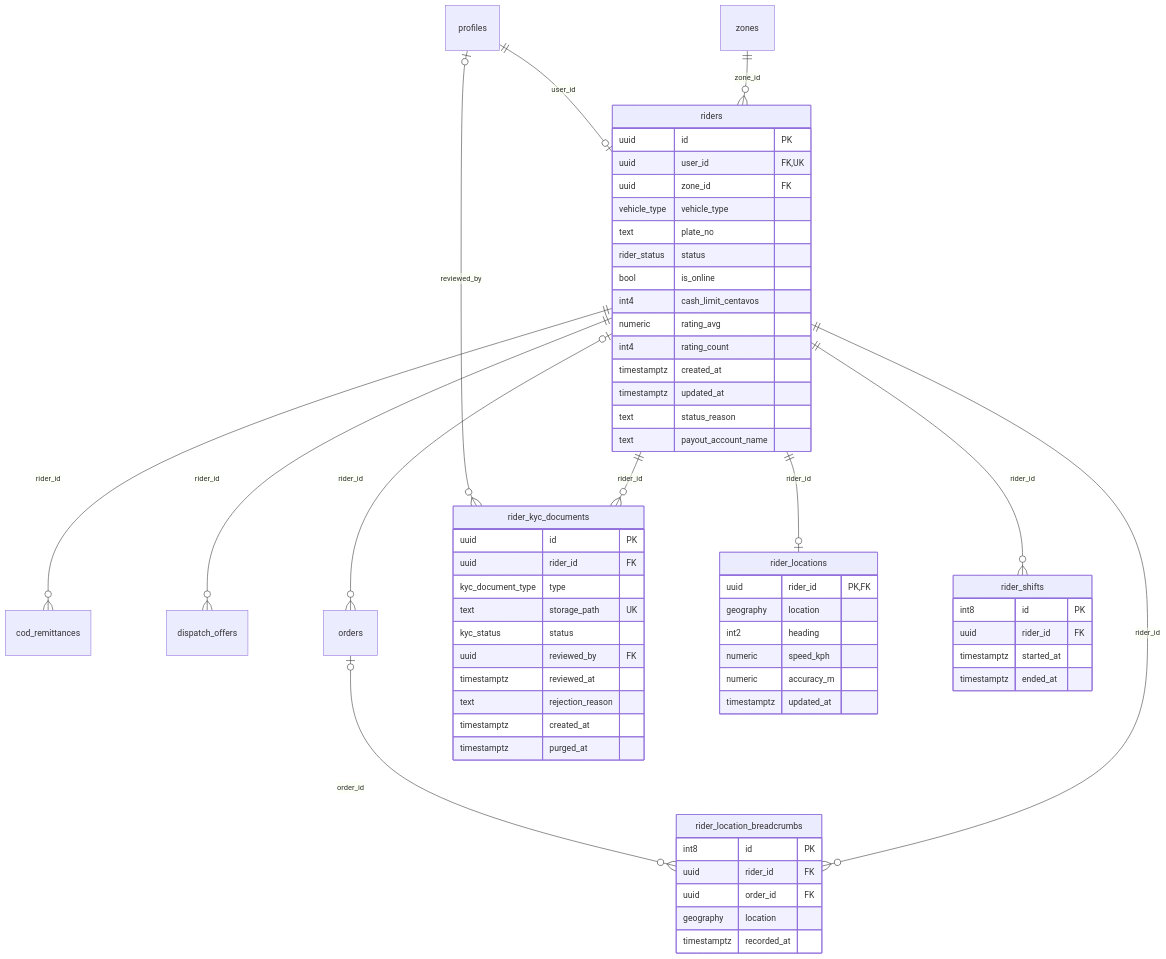
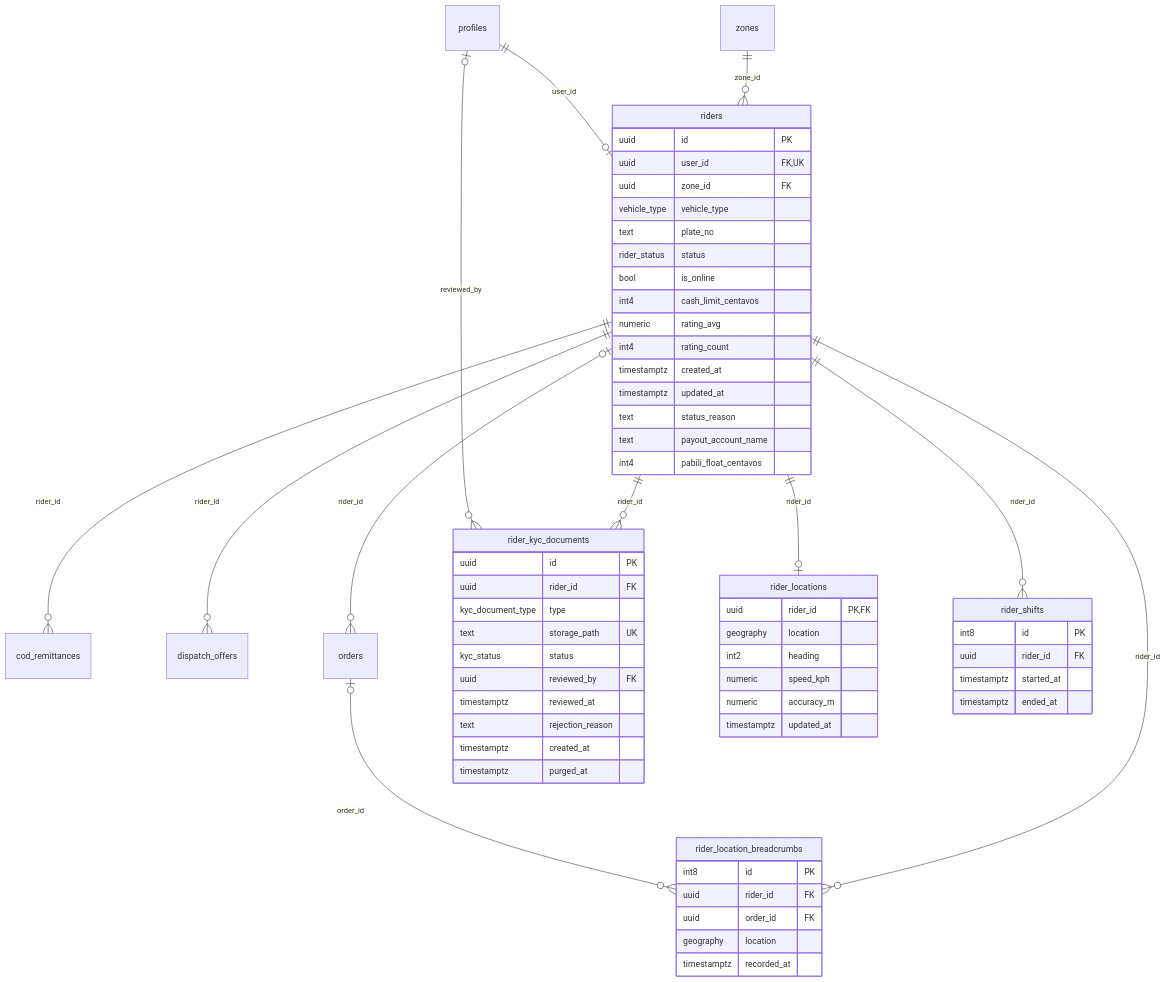
One commit to Klik-Go/delivery-services changed the third of 6 diagrams in docs/ERD.md. Above: the diagram before and after it, drawn with Mermaid. The commit also changed other lines of this file and 82 other files, not shown here.

````diff
--- a/docs/ERD.md
+++ b/docs/ERD.md
@@ -248,63 +248,64 @@
 ```mermaid
 erDiagram
   riders ||--o{ cod_remittances : "rider_id"
   riders ||--o{ dispatch_offers : "rider_id"
   riders |o--o{ orders : "rider_id"
   profiles |o--o{ rider_kyc_documents : "reviewed_by"
   riders ||--o{ rider_kyc_documents : "rider_id"
   orders |o--o{ rider_location_breadcrumbs : "order_id"
   riders ||--o{ rider_location_breadcrumbs : "rider_id"
   riders ||--o| rider_locations : "rider_id"
   riders ||--o{ rider_shifts : "rider_id"
   profiles ||--o| riders : "user_id"
   zones ||--o{ riders : "zone_id"
   riders {
     uuid id PK
     uuid user_id FK, UK
     uuid zone_id FK
     vehicle_type vehicle_type
     text plate_no
     rider_status status
     bool is_online
     int4 cash_limit_centavos
     numeric rating_avg
     int4 rating_count
     timestamptz created_at
     timestamptz updated_at
     text status_reason
     text payout_account_name
+    int4 pabili_float_centavos
   }
   rider_kyc_documents {
     uuid id PK
     uuid rider_id FK
     kyc_document_type type
     text storage_path UK
     kyc_status status
     uuid reviewed_by FK
     timestamptz reviewed_at
     text rejection_reason
     timestamptz created_at
     timestamptz purged_at
   }
   rider_locations {
     uuid rider_id PK, FK
     geography location
     int2 heading
     numeric speed_kph
     numeric accuracy_m
     timestamptz updated_at
   }
   rider_location_breadcrumbs {
     int8 id PK
     uuid rider_id FK
     uuid order_id FK
     geography location
     timestamptz recorded_at
   }
   rider_shifts {
     int8 id PK
     uuid rider_id FK
     timestamptz started_at
     timestamptz ended_at
   }
 ```
````
